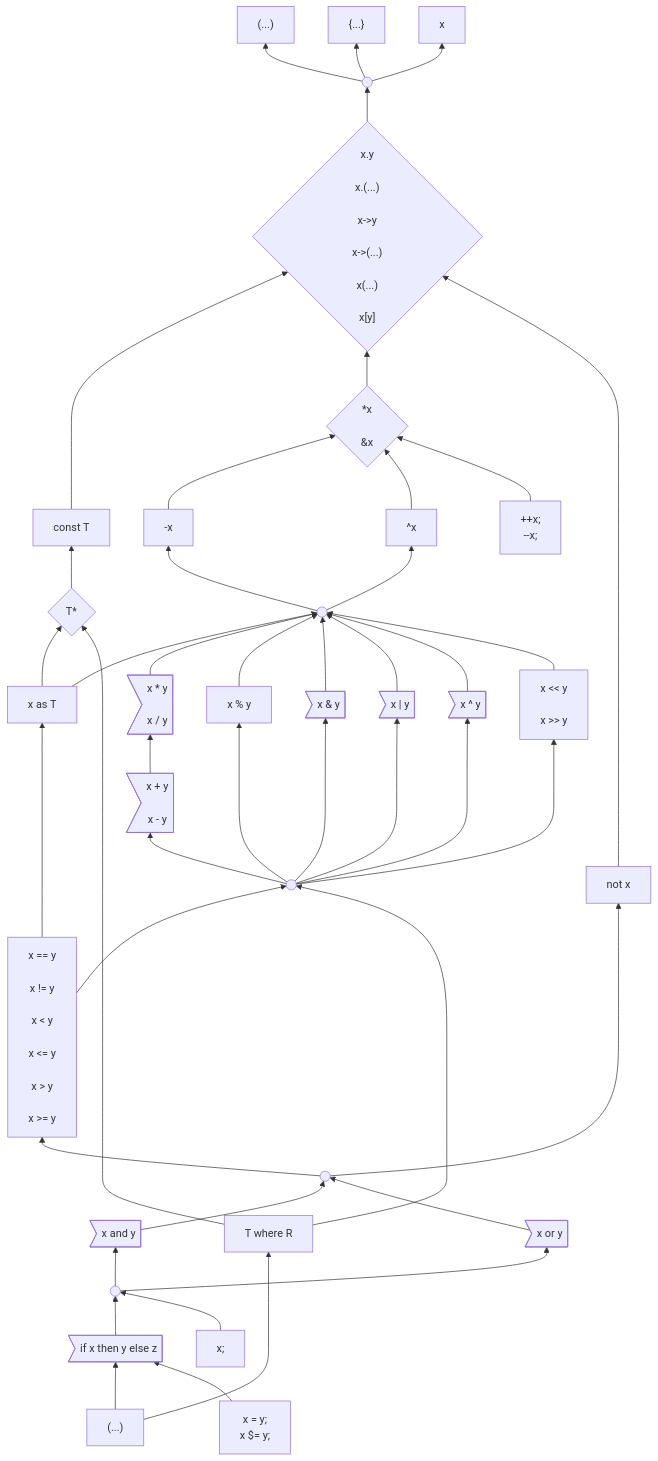
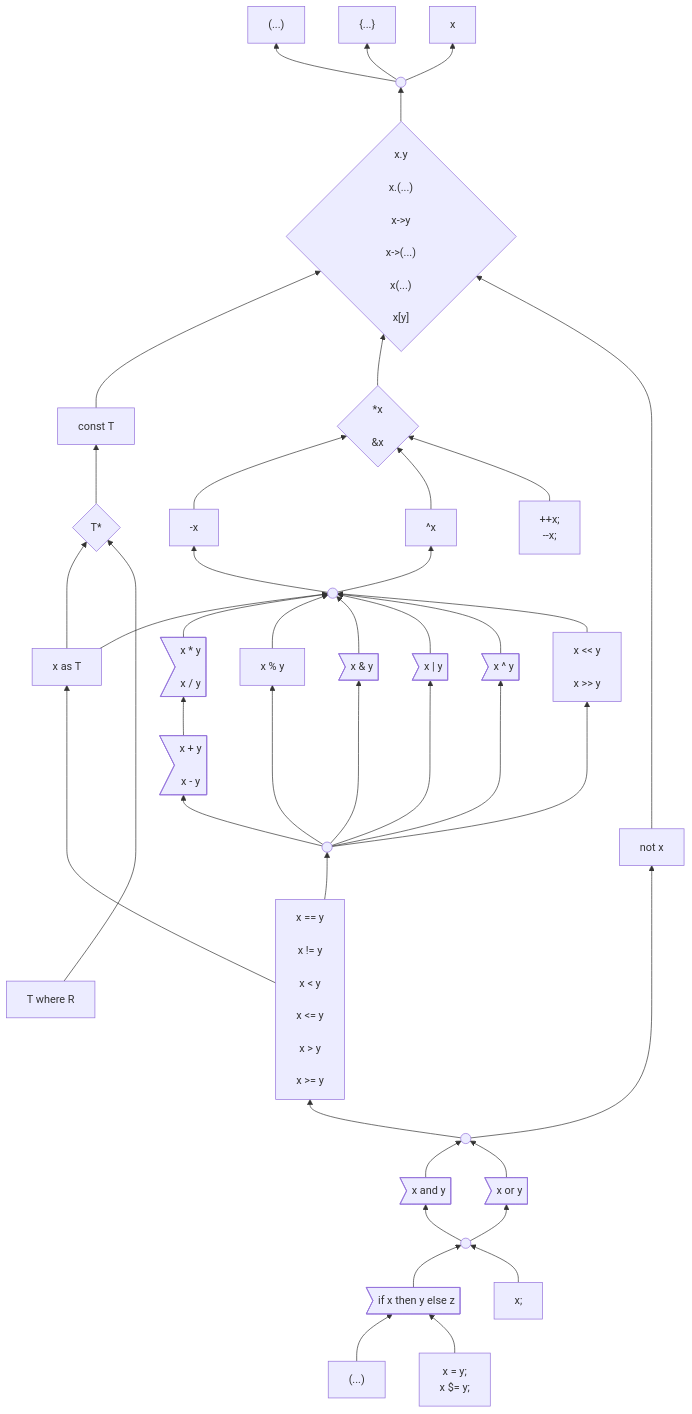
The first of 3 diagrams in docs/design/expressions/README.md (carbon-language/carbon-lang), drawn with Mermaid before and after one commit.

Commit message:
Checkpoint progress.

````diff
--- a/docs/design/expressions/README.md
+++ b/docs/design/expressions/README.md
@@ -172,13 +172,13 @@
     comparison --> binaryOps
     comparison ----> as
     where ------> pointerType
-    where ----> binaryOps
+    %% where ----> binaryOps
     logicalOperand --> comparison & not
     and & or --> logicalOperand
     logicalExpression --> and & or
     if & expressionStatement --> logicalExpression
     insideParens & assignment --> if
-    insideParens --> where
+    %% insideParens --> where
     %% Try and improve layout
     %% comparison ~~~ not
 ```
````
